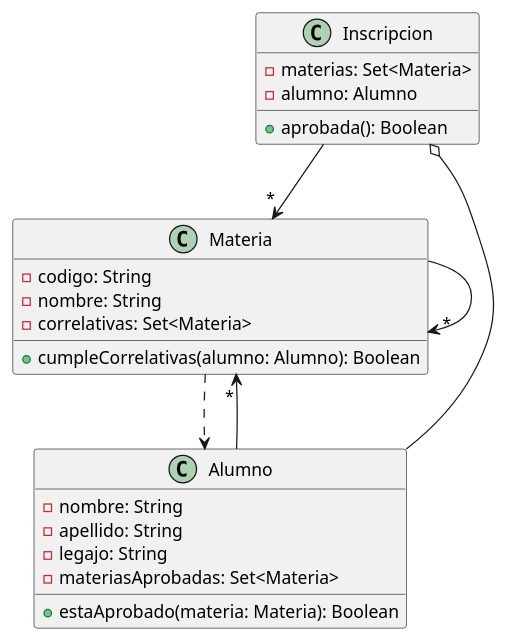
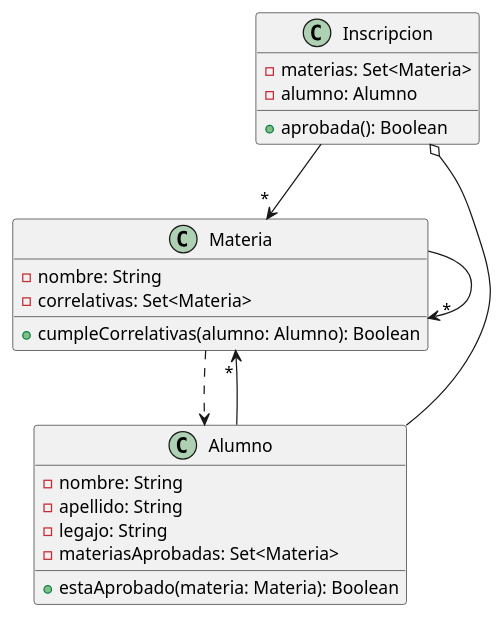
One commit to lpolastri/validador-de-correlatividades changed the diagram in validadorDeCorrelatividades.puml. Above: the diagram before and after it, drawn with PlantUML. The commit also changed 1 other file, not shown here.

Commit message:
Updates Class Diagram

```diff
--- a/validadorDeCorrelatividades.puml
+++ b/validadorDeCorrelatividades.puml
@@ -1,32 +1,31 @@
 @startuml
 'https://plantuml.com/class-diagram
 
 Inscripcion --> " * " Materia
 Inscripcion o-- Alumno
 Materia ..> Alumno
 Materia --> " * " Materia
 Alumno --> " * " Materia
 
 class Inscripcion {
     - materias: Set<Materia>
     - alumno: Alumno
     + aprobada(): Boolean
 }
 
 class Materia {
-    - codigo: String
     - nombre: String
     - correlativas: Set<Materia>
     + cumpleCorrelativas(alumno: Alumno): Boolean
 }
 
 class Alumno {
     - nombre: String
     - apellido: String
     - legajo: String
     - materiasAprobadas: Set<Materia>
     + estaAprobado(materia: Materia): Boolean
 }
 
 
 @enduml
```
